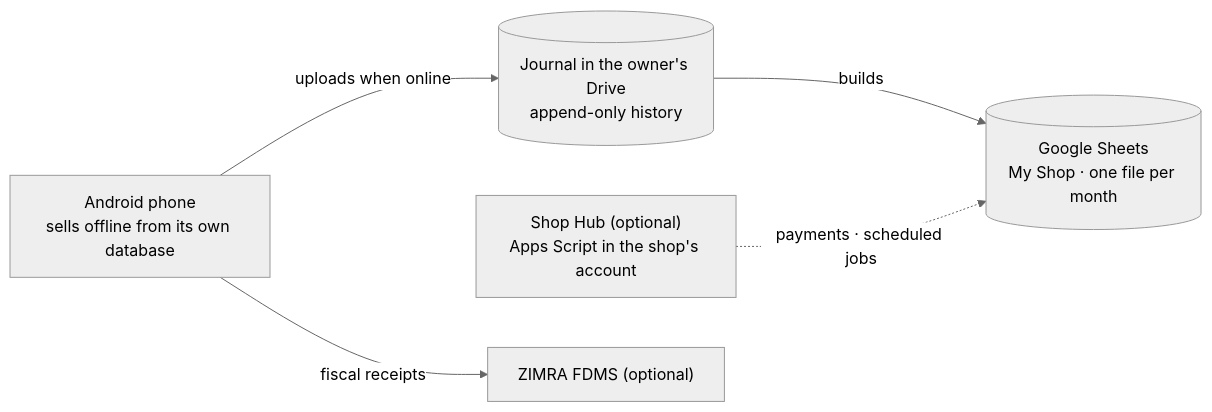
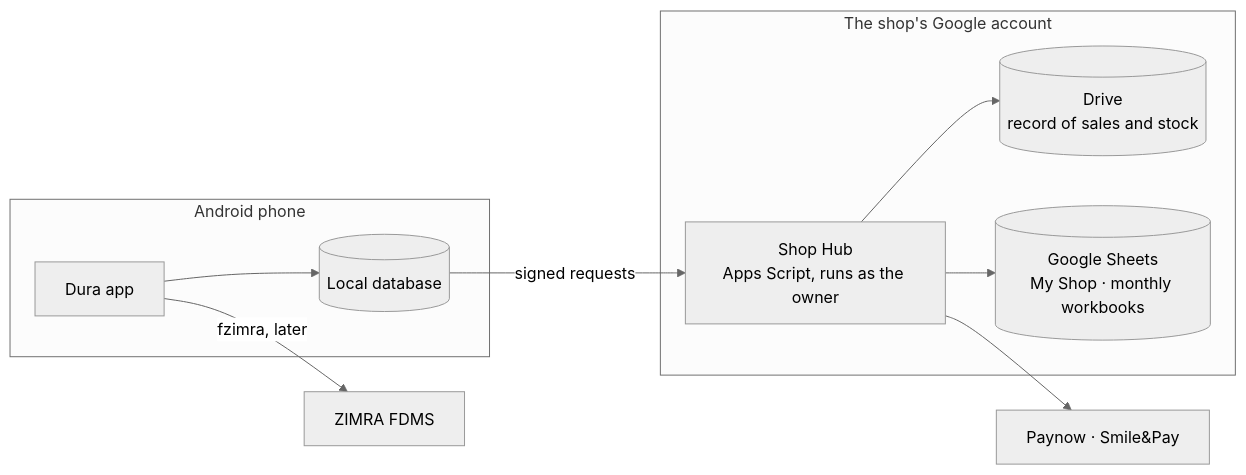
One commit to DonnC/dura-pos changed the diagram in README.md. Above: the diagram before and after it, drawn with Mermaid (neutral theme). The commit also changed other lines of this file and 19 other files, not shown here.

First line of the commit message:
Add cash-sale types and Shop Hub decision

````diff
--- a/README.md
+++ b/README.md
@@ -51,12 +71,16 @@
 ```mermaid
 flowchart LR
-  Phone["Android phone<br/>sells offline from its own database"]
-  Journal[("Journal in the owner's Drive<br/>append-only history")]
-  Sheets[("Google Sheets<br/>My Shop · one file per month")]
-  Hub["Shop Hub (optional)<br/>Apps Script in the shop's account"]
-  ZIMRA["ZIMRA FDMS (optional)"]
-  Phone -- "uploads when online" --> Journal
-  Journal -- "builds" --> Sheets
-  Hub -. "payments · scheduled jobs" .-> Sheets
-  Phone -- "fiscal receipts" --> ZIMRA
+  subgraph Phone["Android phone"]
+    App["Dura app"] --> DB[("Local database")]
+  end
+  subgraph Google["The shop's Google account"]
+    Hub["Shop Hub<br/>Apps Script, runs as the owner"]
+    Drive[("Drive<br/>record of sales and stock")]
+    Sheets[("Google Sheets<br/>My Shop · monthly workbooks")]
+    Hub --> Drive
+    Hub --> Sheets
+  end
+  DB -- "signed requests" --> Hub
+  Hub --> Providers["Paynow · Smile&Pay"]
+  App -- "fzimra, later" --> ZIMRA["ZIMRA FDMS"]
 ```
````
